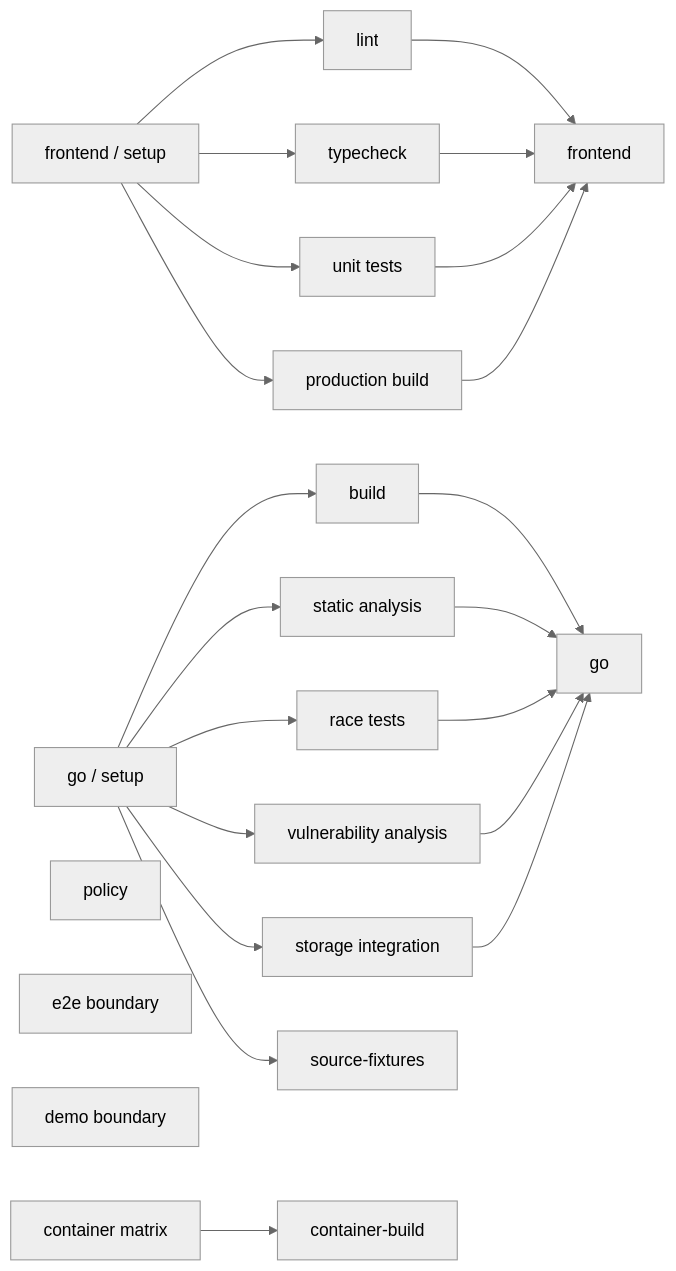
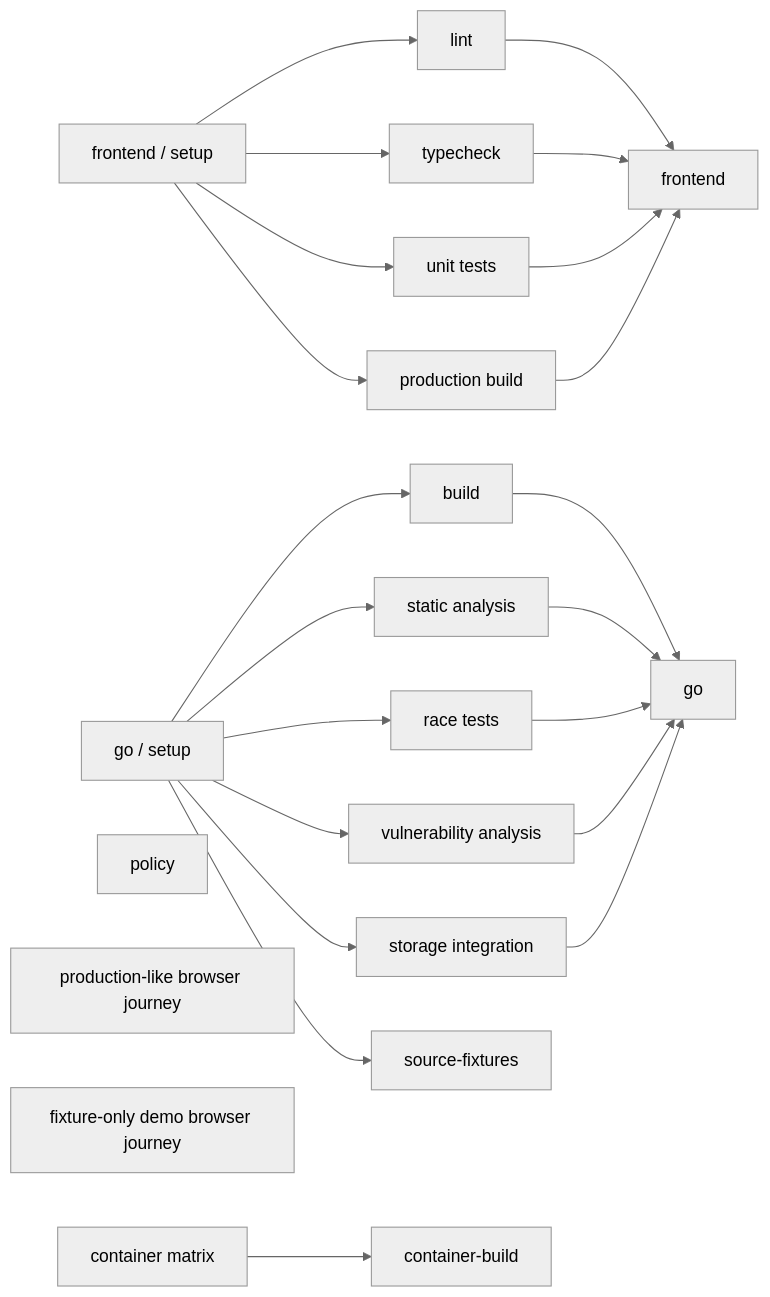
The diagram in docs/adr/011-parallel-github-actions.md (traweezy/relantern), drawn with Mermaid (neutral theme) before and after one commit. The commit also changed other lines of this file and 135 other files, not shown here.

````diff
--- a/docs/adr/011-parallel-github-actions.md
+++ b/docs/adr/011-parallel-github-actions.md
@@ -50,28 +50,28 @@
 ```mermaid
 flowchart LR
   FS[frontend / setup] --> FL[lint]
   FS --> FT[typecheck]
   FS --> FU[unit tests]
   FS --> FB[production build]
   FL --> F[frontend]
   FT --> F
   FU --> F
   FB --> F
 
   GS[go / setup] --> GB[build]
   GS --> GA[static analysis]
   GS --> GT[race tests]
   GS --> GV[vulnerability analysis]
   GS --> SI[storage integration]
   GS --> S[source-fixtures]
   GB --> G[go]
   GA --> G
   GT --> G
   GV --> G
   SI --> G
 
   P[policy]
-  E[e2e boundary]
-  D[demo boundary]
+  E[production-like browser journey]
+  D[fixture-only demo browser journey]
   C[container matrix] --> CA[container-build]
 ```
````
